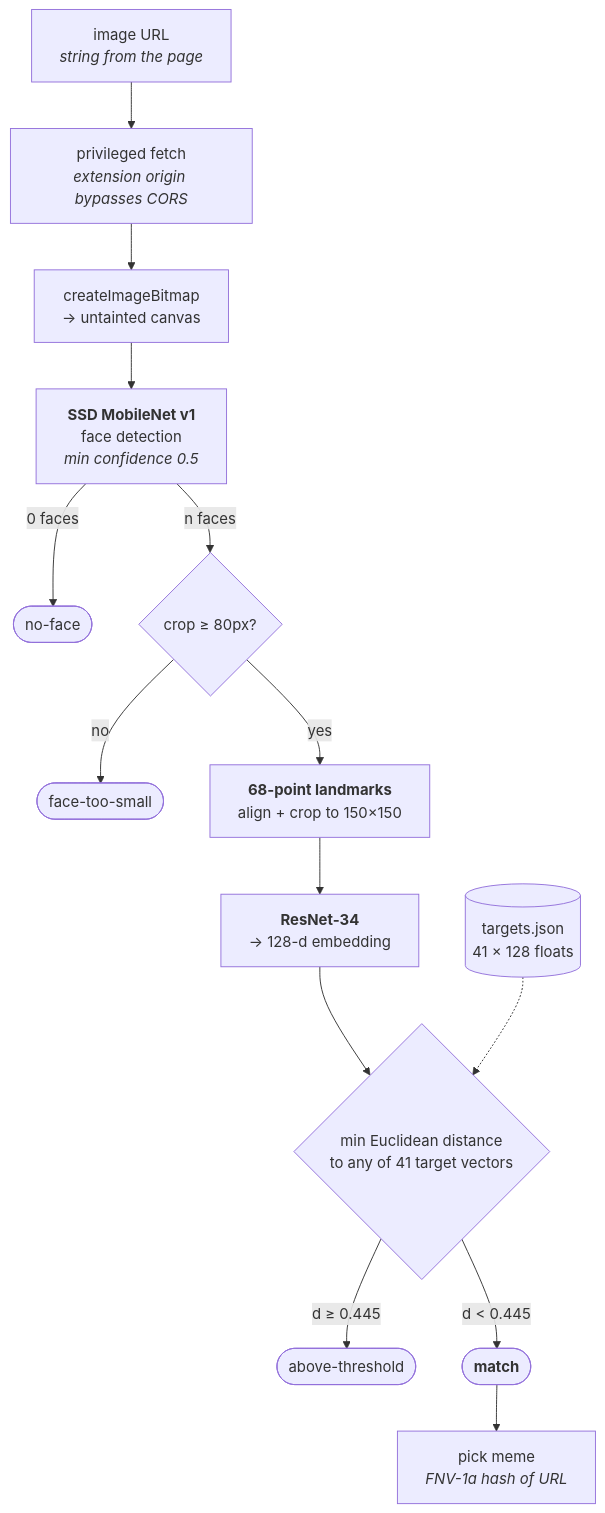
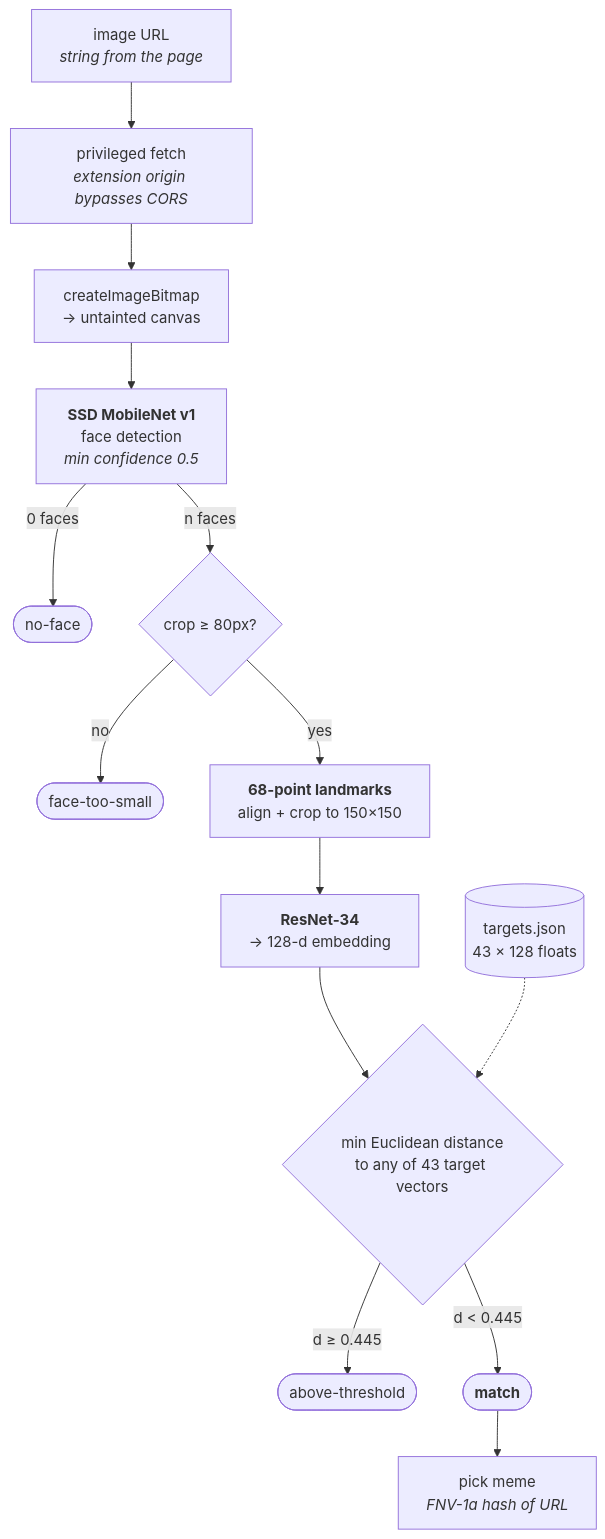
One commit to shaziwnl/modihfy changed the second of 2 diagrams in README.md. Above: the diagram before and after it, drawn with Mermaid. The commit also changed other lines of this file and 12 other files, not shown here.

````diff
--- a/README.md
+++ b/README.md
@@ -80,21 +80,21 @@
 ```mermaid
 flowchart TB
     URL["image URL<br/><i>string from the page</i>"] --> FETCH["privileged fetch<br/><i>extension origin bypasses CORS</i>"]
     FETCH --> DECODE["createImageBitmap<br/>→ untainted canvas"]
     DECODE --> DETECT["<b>SSD MobileNet v1</b><br/>face detection<br/><i>min confidence 0.5</i>"]
 
     DETECT -->|"0 faces"| NOFACE(["no-face"])
     DETECT -->|"n faces"| SIZE{"crop ≥ 80px?"}
     SIZE -->|"no"| SMALL(["face-too-small"])
 
     SIZE -->|"yes"| ALIGN["<b>68-point landmarks</b><br/>align + crop to 150×150"]
     ALIGN --> EMBED["<b>ResNet-34</b><br/>→ 128-d embedding"]
 
-    EMBED --> COMPARE{"min Euclidean distance<br/>to any of 41 target vectors"}
-    TARGETS[("targets.json<br/>41 × 128 floats")] -.-> COMPARE
+    EMBED --> COMPARE{"min Euclidean distance<br/>to any of 43 target vectors"}
+    TARGETS[("targets.json<br/>43 × 128 floats")] -.-> COMPARE
 
     COMPARE -->|"d ≥ 0.445"| ABOVE(["above-threshold"])
     COMPARE -->|"d &lt; 0.445"| MATCH(["<b>match</b>"])
 
     MATCH --> PICK["pick meme<br/><i>FNV-1a hash of URL</i>"]
 ```
````
